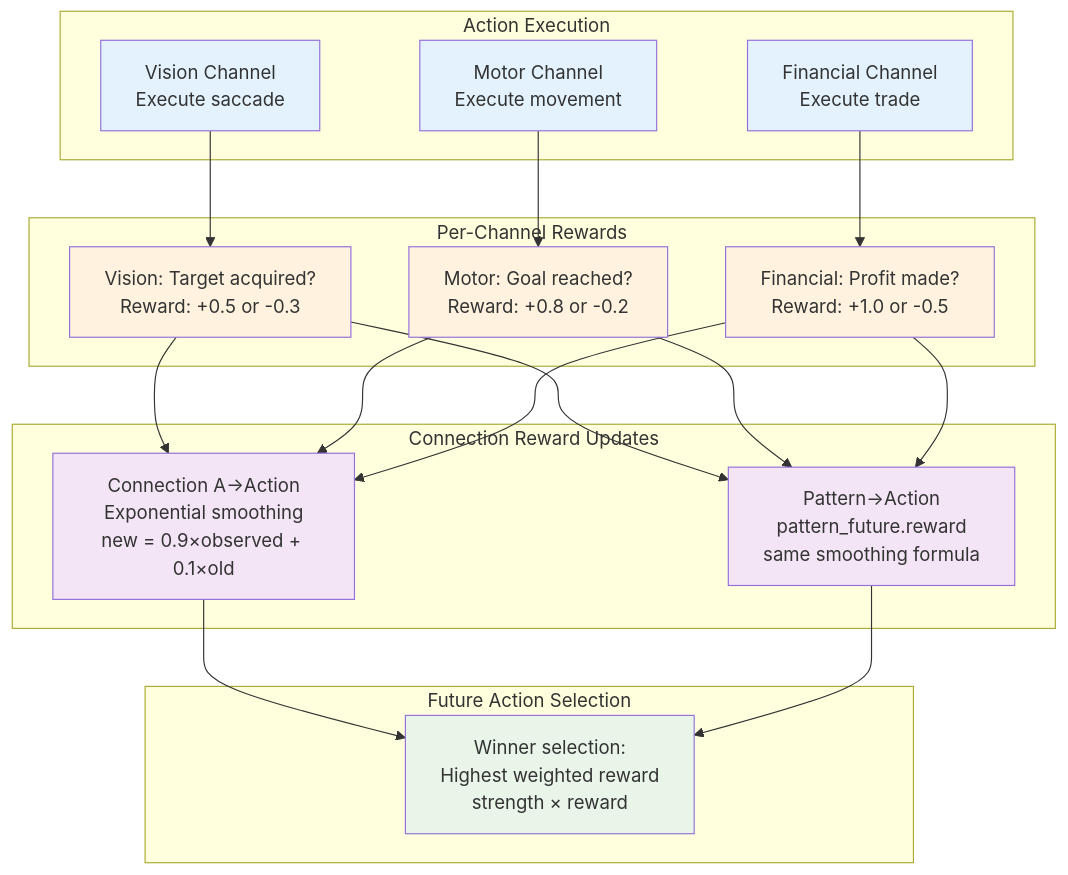
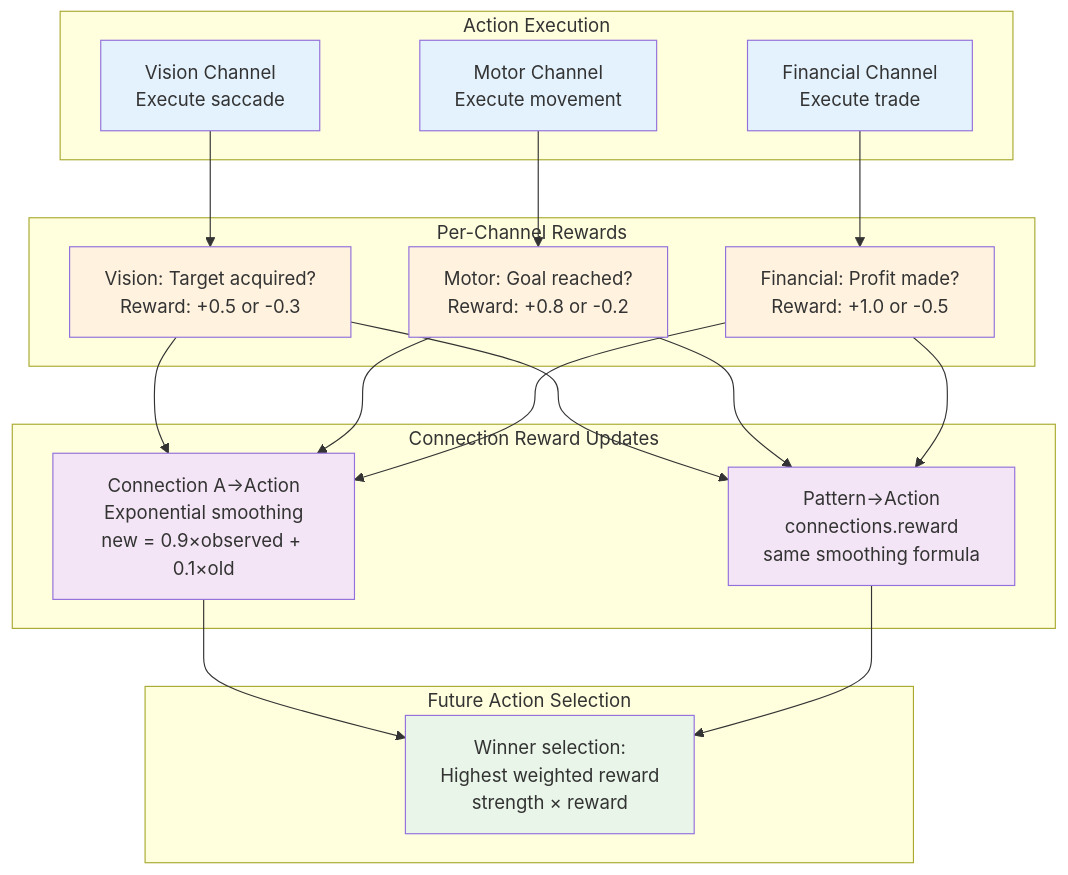
The fifth of 5 diagrams in docs/PATENT_DISCLOSURE.md (cucar/robot_brain), drawn with Mermaid before and after one commit. The commit also changed other lines of this file and 8 other files, not shown here.

Commit message:
backup/restore improvements - match current schema

````diff
--- a/docs/PATENT_DISCLOSURE.md
+++ b/docs/PATENT_DISCLOSURE.md
@@ -665,48 +664,48 @@
 ```mermaid
 graph TB
     subgraph "Action Execution"
         A1[Vision Channel<br/>Execute saccade]
         A2[Motor Channel<br/>Execute movement]
         A3[Financial Channel<br/>Execute trade]
     end
 
     subgraph "Per-Channel Rewards"
         O1[Vision: Target acquired?<br/>Reward: +0.5 or -0.3]
         O2[Motor: Goal reached?<br/>Reward: +0.8 or -0.2]
         O3[Financial: Profit made?<br/>Reward: +1.0 or -0.5]
     end
 
     subgraph "Connection Reward Updates"
         C1[Connection A→Action<br/>Exponential smoothing<br/>new = 0.9×observed + 0.1×old]
-        C2[Pattern→Action<br/>pattern_future.reward<br/>same smoothing formula]
+        C2[Pattern→Action<br/>connections.reward<br/>same smoothing formula]
     end
 
     subgraph "Future Action Selection"
         D1[Winner selection:<br/>Highest weighted reward<br/>strength × reward]
     end
 
     A1 --> O1
     A2 --> O2
     A3 --> O3
 
     O1 --> C1
     O2 --> C1
     O3 --> C1
 
     O1 --> C2
     O2 --> C2
     O3 --> C2
 
     C1 --> D1
     C2 --> D1
 
     style A1 fill:#e3f2fd
     style A2 fill:#e3f2fd
     style A3 fill:#e3f2fd
     style O1 fill:#fff3e0
     style O2 fill:#fff3e0
     style O3 fill:#fff3e0
     style C1 fill:#f3e5f5
     style C2 fill:#f3e5f5
     style D1 fill:#e8f5e8
 ```
````
